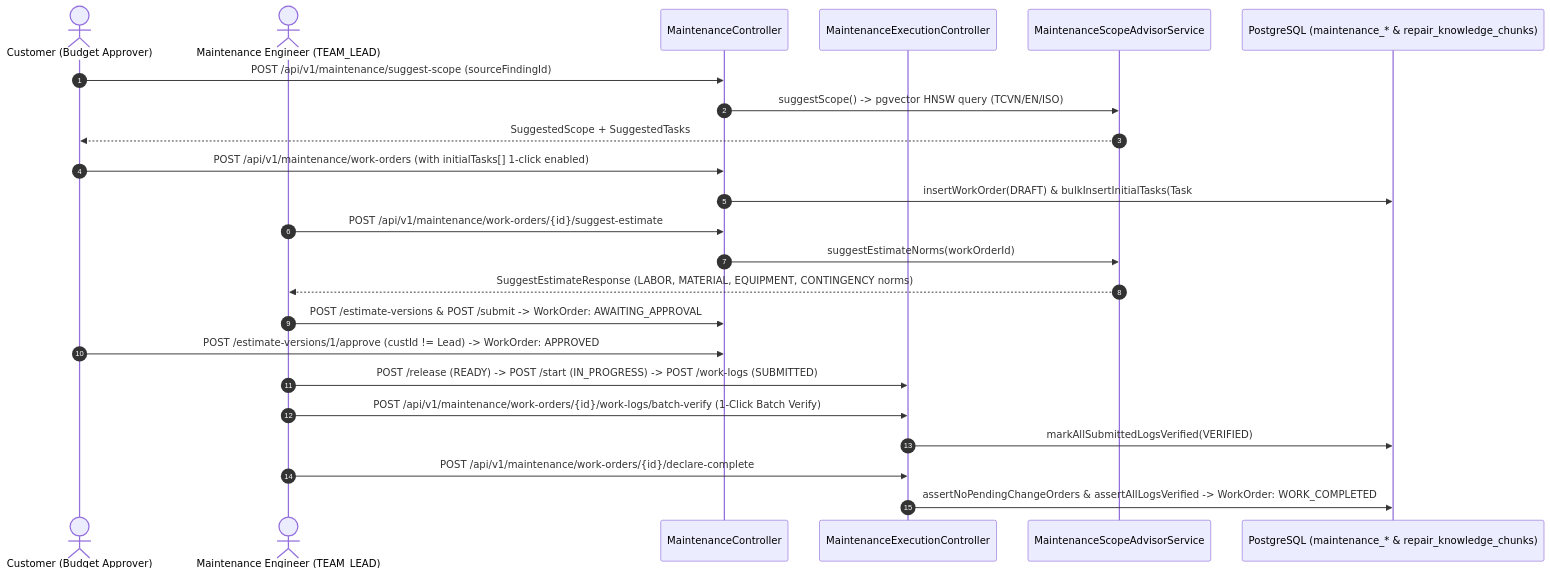
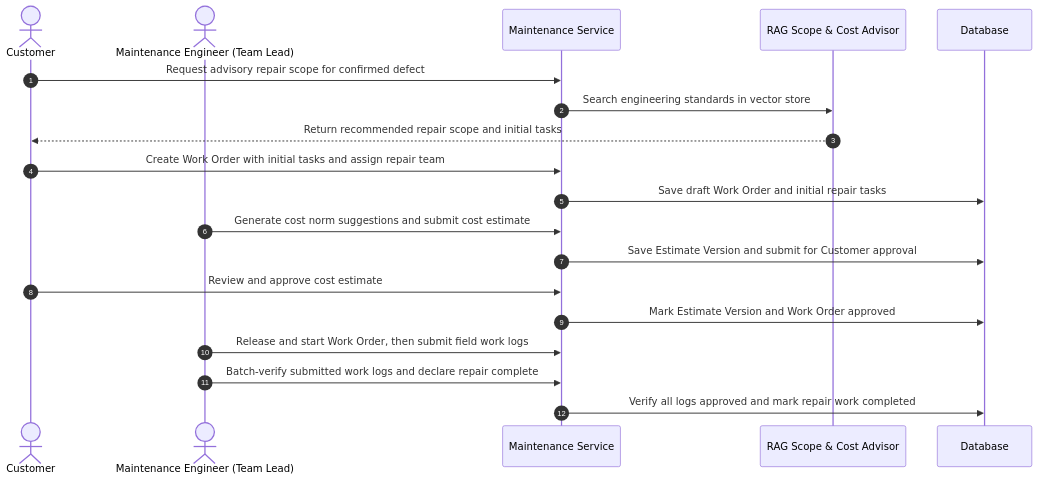
Before and after one commit to tungbach12/SmartDroneInspection-Docs: diagram 20 of 23 in reports/report-4-software-design-document/03-detailed-design.md, drawn with Mermaid. The commit also changed other lines of this file and 206 other files, not shown here.

First line of the commit message:
docs(reports): synchronize Report 1-5 changes, update diagrams, and clean exports

````diff
--- a/reports/report-4-software-design-document/03-detailed-design.md
+++ b/reports/report-4-software-design-document/03-detailed-design.md
@@ -932,29 +853,27 @@
 ```mermaid
-%% title: Work Order Planning, 1-Click RAG Tasks, Norm Estimation and Batch Log Verification Sequence Diagram
+%% title: FE-07 Work Order Planning, Cost Estimation and Repair Execution Sequence Diagram
 sequenceDiagram
   autonumber
-  actor Cust as Customer (Budget Approver)
-  actor Lead as Maintenance Engineer (TEAM_LEAD)
-  participant MaintCtrl as MaintenanceController
-  participant ExecCtrl as MaintenanceExecutionController
-  participant Advisor as MaintenanceScopeAdvisorService
-  participant DB as PostgreSQL (maintenance_* & repair_knowledge_chunks)
+  actor Cust as Customer
+  actor Lead as Maintenance Engineer (Team Lead)
+  participant MaintSvc as Maintenance Service
+  participant Advisor as RAG Scope & Cost Advisor
+  participant DB as Database
 
-  Cust->>MaintCtrl: POST /api/v1/maintenance/suggest-scope (sourceFindingId)
-  MaintCtrl->>Advisor: suggestScope() -> pgvector HNSW query (TCVN/EN/ISO)
-  Advisor-->>Cust: SuggestedScope + SuggestedTasks
-  Cust->>MaintCtrl: POST /api/v1/maintenance/work-orders (with initialTasks[] 1-click enabled)
-  MaintCtrl->>DB: insertWorkOrder(DRAFT) & bulkInsertInitialTasks(Task #1..#N)
+  Cust->>MaintSvc: Request advisory repair scope for confirmed defect
+  MaintSvc->>Advisor: Search engineering standards in vector store
+  Advisor-->>Cust: Return recommended repair scope and initial tasks
 
-  Lead->>MaintCtrl: POST /api/v1/maintenance/work-orders/{id}/suggest-estimate
-  MaintCtrl->>Advisor: suggestEstimateNorms(workOrderId)
-  Advisor-->>Lead: SuggestEstimateResponse (LABOR, MATERIAL, EQUIPMENT, CONTINGENCY norms)
-  Lead->>MaintCtrl: POST /estimate-versions & POST /submit -> WorkOrder: AWAITING_APPROVAL
-  Cust->>MaintCtrl: POST /estimate-versions/1/approve (custId != Lead) -> WorkOrder: APPROVED
+  Cust->>MaintSvc: Create Work Order with initial tasks and assign repair team
+  MaintSvc->>DB: Save draft Work Order and initial repair tasks
 
-  Lead->>ExecCtrl: POST /release (READY) -> POST /start (IN_PROGRESS) -> POST /work-logs (SUBMITTED)
-  Lead->>ExecCtrl: POST /api/v1/maintenance/work-orders/{id}/work-logs/batch-verify (1-Click Batch Verify)
-  ExecCtrl->>DB: markAllSubmittedLogsVerified(VERIFIED)
-  Lead->>ExecCtrl: POST /api/v1/maintenance/work-orders/{id}/declare-complete
-  ExecCtrl->>DB: assertNoPendingChangeOrders & assertAllLogsVerified -> WorkOrder: WORK_COMPLETED
+  Lead->>MaintSvc: Generate cost norm suggestions and submit cost estimate
+  MaintSvc->>DB: Save Estimate Version and submit for Customer approval
+
+  Cust->>MaintSvc: Review and approve cost estimate
+  MaintSvc->>DB: Mark Estimate Version and Work Order approved
+
+  Lead->>MaintSvc: Release and start Work Order, then submit field work logs
+  Lead->>MaintSvc: Batch-verify submitted work logs and declare repair complete
+  MaintSvc->>DB: Verify all logs approved and mark repair work completed
 ```
````
